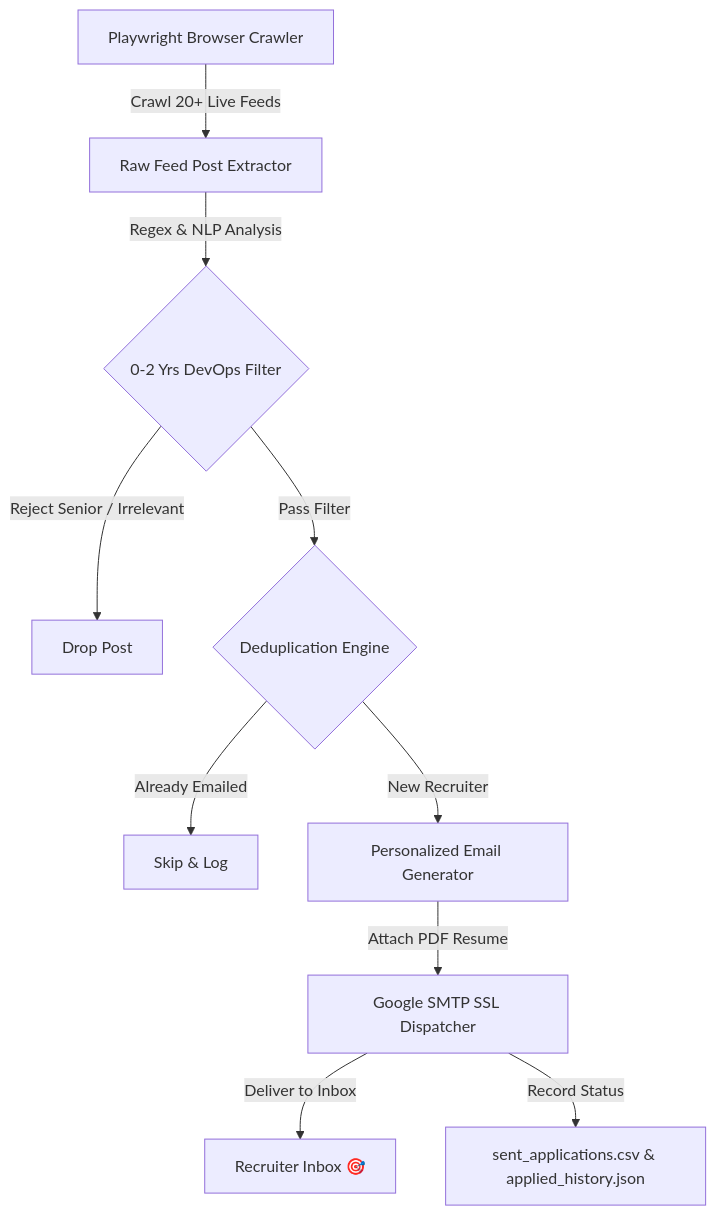
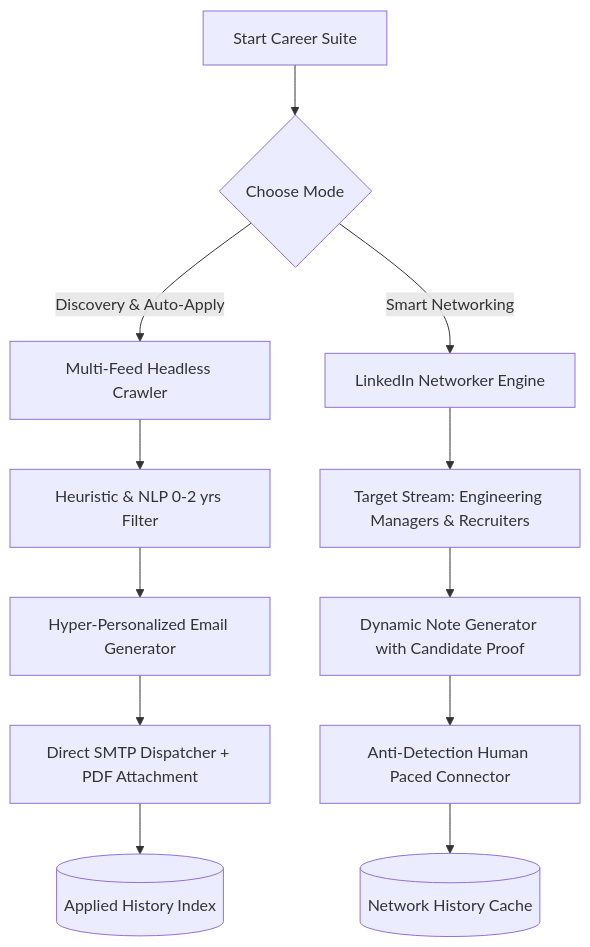
The diagram in README.md (itskie/jobhunter), drawn with Mermaid before and after one commit. The commit also changed other lines of this file and 3 other files, not shown here.

Commit message:
feat: add autonomous LinkedIn networker engine and multi-mode CLI

````diff
--- a/README.md
+++ b/README.md
@@ -29,12 +19,16 @@
 ```mermaid
 graph TD
-    A[Playwright Browser Crawler] -->|Crawl 20+ Live Feeds| B[Raw Feed Post Extractor]
-    B -->|Regex & NLP Analysis| C{0-2 Yrs DevOps Filter}
-    C -->|Reject Senior / Irrelevant| D[Drop Post]
-    C -->|Pass Filter| E{Deduplication Engine}
-    E -->|Already Emailed| F[Skip & Log]
-    E -->|New Recruiter| G[Personalized Email Generator]
-    G -->|Attach PDF Resume| H[Google SMTP SSL Dispatcher]
-    H -->|Deliver to Inbox| I[Recruiter Inbox 🎯]
-    H -->|Record Status| J[sent_applications.csv & applied_history.json]
+    A[Start Career Suite] --> B{Choose Mode}
+    B -->|Discovery & Auto-Apply| C[Multi-Feed Headless Crawler]
+    B -->|Smart Networking| D[LinkedIn Networker Engine]
+    
+    C --> E[Heuristic & NLP 0-2 yrs Filter]
+    E --> F[Hyper-Personalized Email Generator]
+    F --> G[Direct SMTP Dispatcher + PDF Attachment]
+    G --> H[(Applied History Index)]
+    
+    D --> I[Target Stream: Engineering Managers & Recruiters]
+    I --> J[Dynamic Note Generator with Candidate Proof]
+    J --> K[Anti-Detection Human Paced Connector]
+    K --> L[(Network History Cache)]
 ```
````
